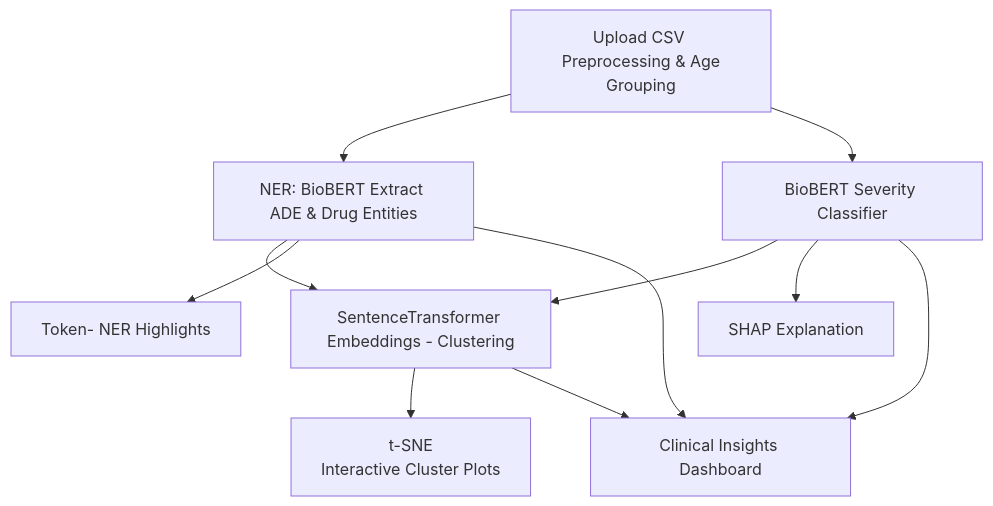
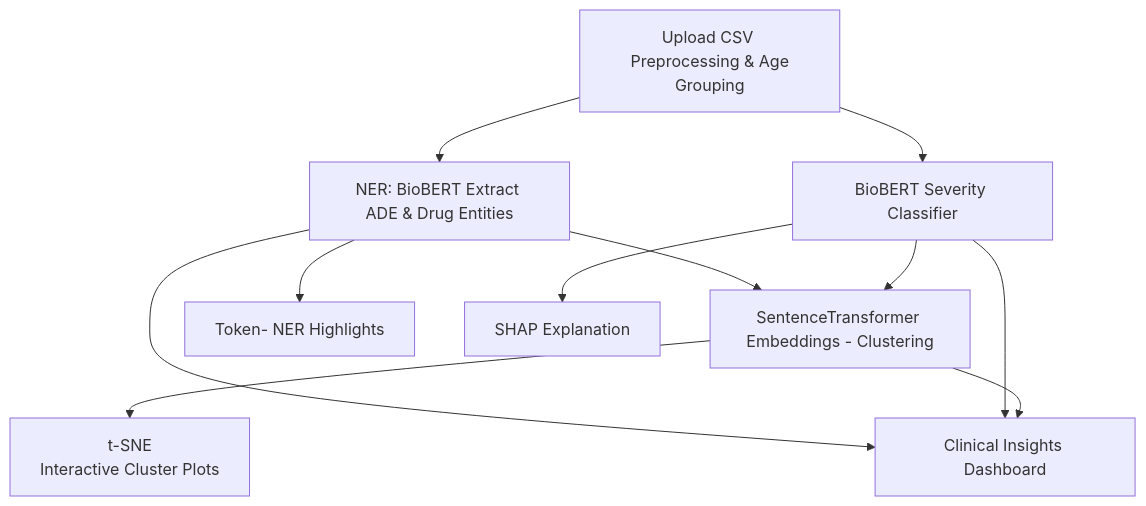
The fourth of 4 diagrams in README.md (Sugiuma/ADEGuard), drawn with Mermaid before and after one commit.

````diff
--- a/README.md
+++ b/README.md
@@ -224,17 +224,20 @@
 ```mermaid
 flowchart TD
     A[Upload CSV <br> Preprocessing & Age Grouping]
 
     A --> C[NER: BioBERT Extract ADE & Drug Entities]
 
     A --> D[BioBERT Severity Classifier] 
     C --> E[SentenceTransformer Embeddings - Clustering]
+    C --> I[Clinical Insights Dashboard]
     D --> E
+    D --> I
 
     E --> F[t-SNE <br> Interactive Cluster Plots]
+    E --> I
     C --> G[Token- NER Highlights]
     D --> H[SHAP Explanation]
-    C --> I[Clinical Insights Dashboard]
-    E --> I
-    D --> I
+    
+    
+    
 ```
````
